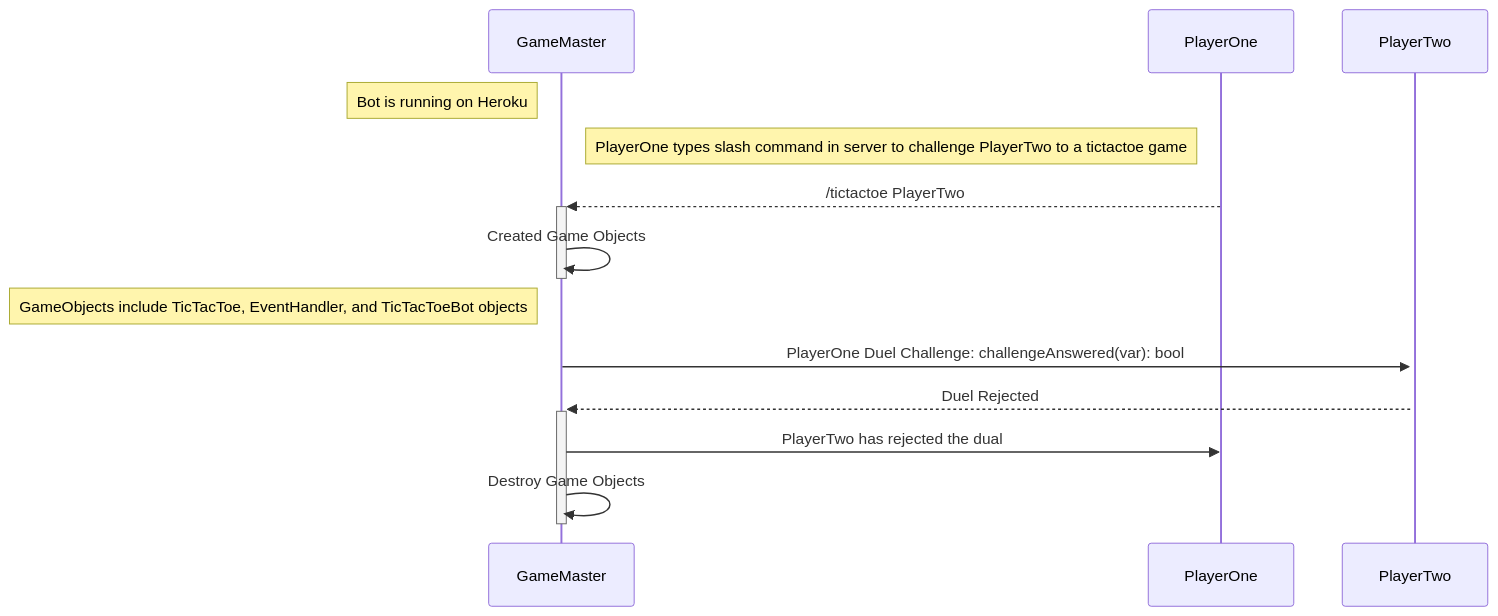
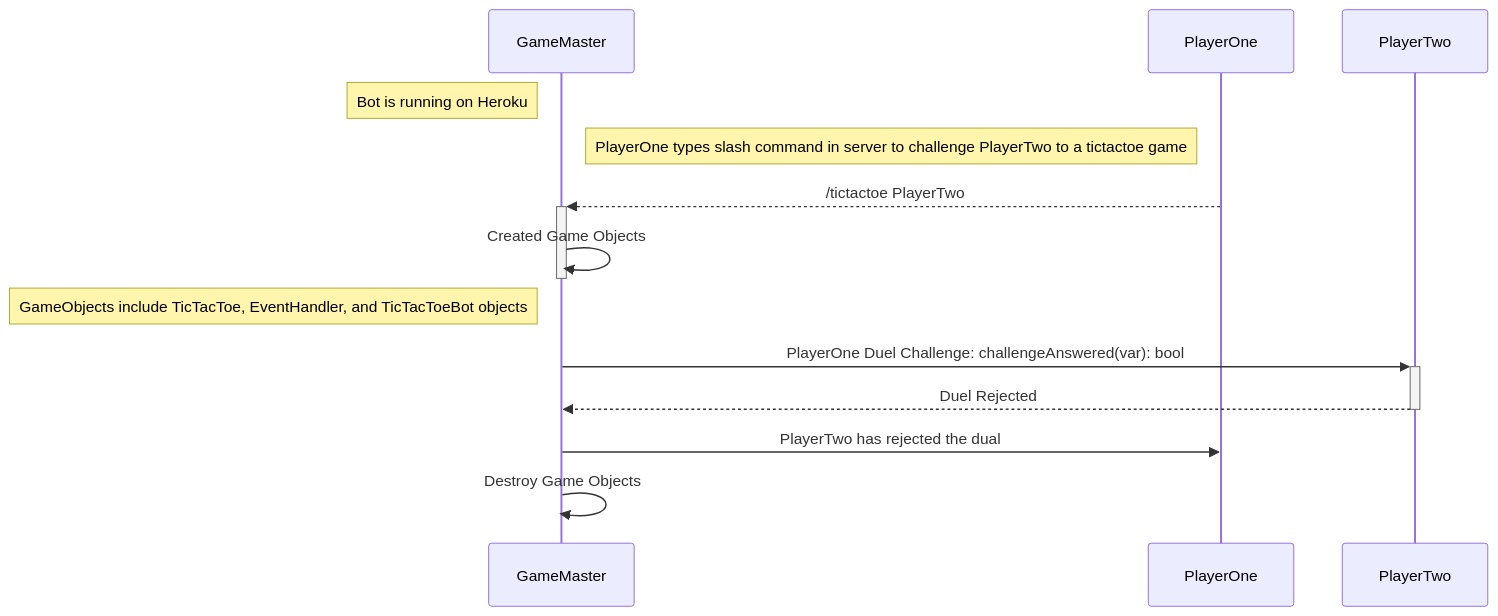
The diagram in uml_Sequence_RejectDuel.md (cis3296f22/GameMaster), drawn with Mermaid before and after one commit.

````diff
--- a/uml_Sequence_RejectDuel.md
+++ b/uml_Sequence_RejectDuel.md
@@ -3,17 +3,17 @@
 ```mermaid
 sequenceDiagram
   
     participant GameMaster as GameMaster
     participant PlayerOne as PlayerOne
     participant PlayerTwo as PlayerTwo
     Note left of GameMaster: Bot is running on Heroku
     Note left of PlayerOne: PlayerOne types slash command in server to challenge PlayerTwo to a tictactoe game
     PlayerOne-->>+GameMaster: /tictactoe PlayerTwo
     GameMaster->>-GameMaster: Created Game Objects
     Note left of GameMaster: GameObjects include TicTacToe, EventHandler, and TicTacToeBot objects
     GameMaster->>+PlayerTwo: PlayerOne Duel Challenge: challengeAnswered(var): bool
-    PlayerTwo-->>+GameMaster: Duel Rejected
+    PlayerTwo-->>-GameMaster: Duel Rejected
     GameMaster->>PlayerOne: PlayerTwo has rejected the dual
-    GameMaster->>-GameMaster: Destroy Game Objects
+    GameMaster->>+GameMaster: Destroy Game Objects
     
 ```
````
